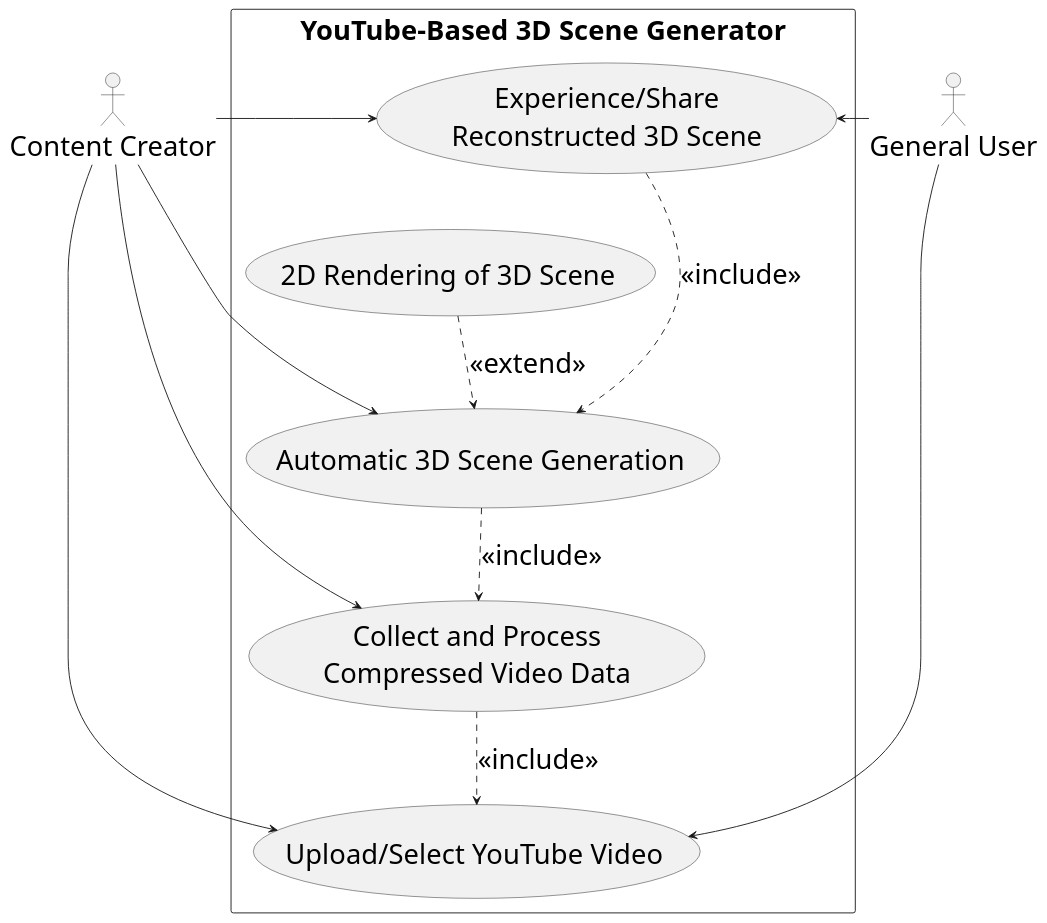
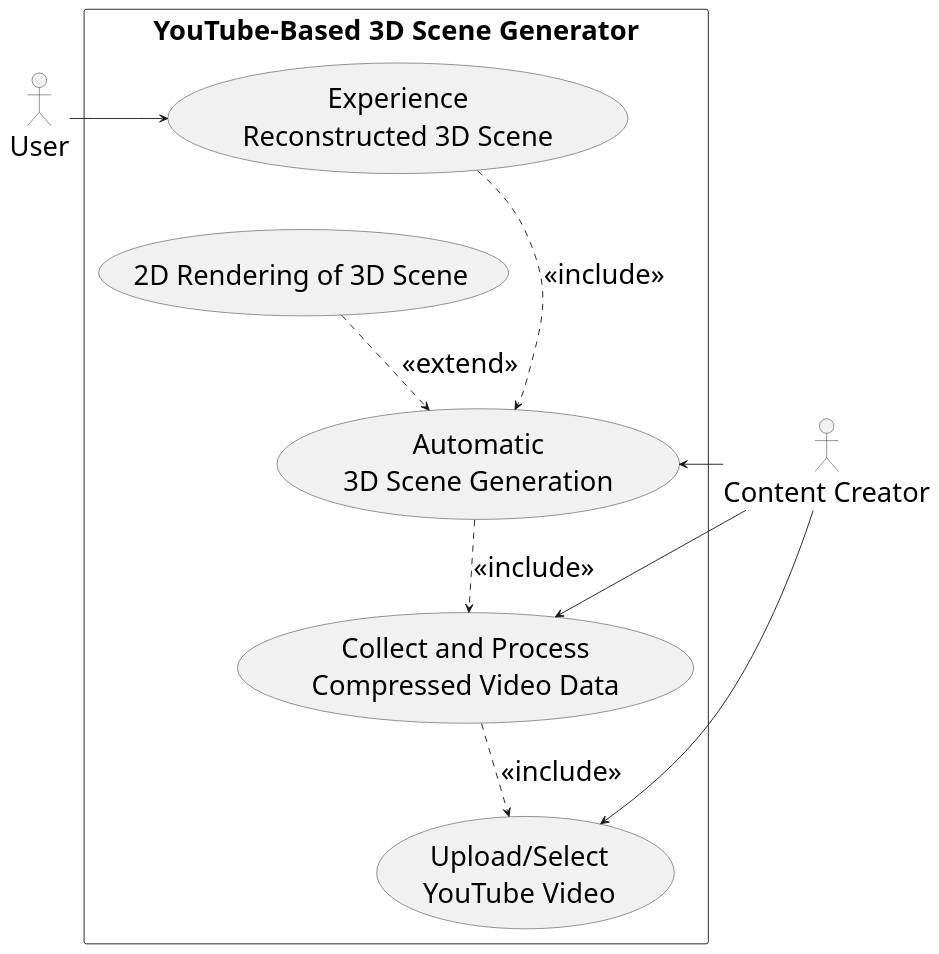
One commit to Jehee-Kim/KNUVI_Capstone_Project_2025-2 changed the diagram in Others/Midterm_Presentation _1_Requirement_Analysis/usecase_diagram.plantuml. Above: the diagram before and after it, drawn with PlantUML. The commit also changed 1 other file, not shown here.

Commit message:
EDIT usecase diagram

```diff
--- a/Others/Midterm_Presentation _1_Requirement_Analysis/usecase_diagram.plantuml
+++ b/Others/Midterm_Presentation _1_Requirement_Analysis/usecase_diagram.plantuml
@@ -1,28 +1,27 @@
 @startuml
 skinparam defaultFontSize 30
 
-actor "General User" as User
+actor "User" as User
 actor "Content Creator" as Creator
 
 rectangle "YouTube-Based 3D Scene Generator" {
-  usecase "Upload/Select YouTube Video" as UC1
+  usecase "Upload/Select\nYouTube Video" as UC1
   usecase "Collect and Process\nCompressed Video Data" as UC2
-  usecase "Automatic 3D Scene Generation" as UC3
-  usecase "Experience/Share\nReconstructed 3D Scene" as UC4
+  usecase "Automatic\n3D Scene Generation" as UC3
+  usecase "Experience\nReconstructed 3D Scene" as UC4
   usecase "2D Rendering of 3D Scene" as UC5
 }
 
-User -> UC1
 User -> UC4
 
 Creator -> UC1
 Creator -> UC2
 Creator -> UC3
-Creator -> UC4
+
 
 UC2 ..> UC1 : <<include>>
 UC3 ..> UC2 : <<include>>
 UC4 ...> UC3 : <<include>>
 UC5 ..> UC3 : <<extend>>
 
 @enduml
```
